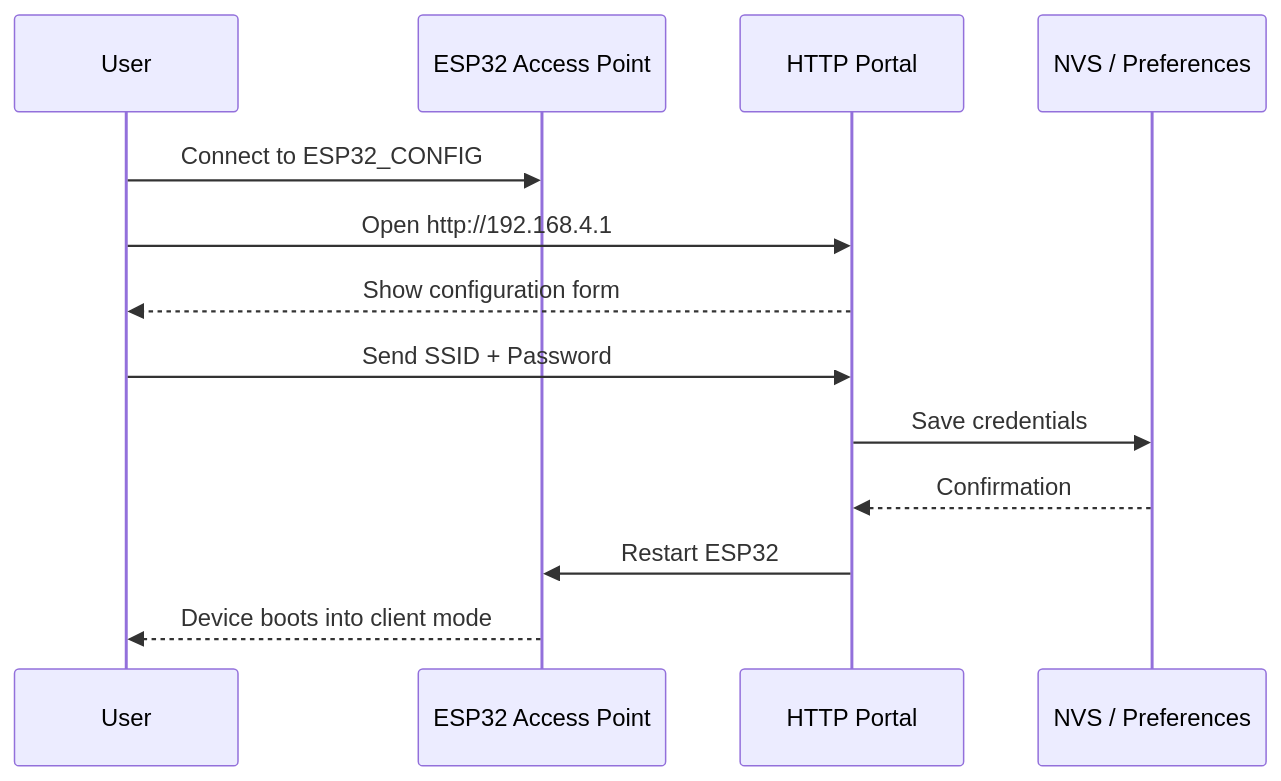
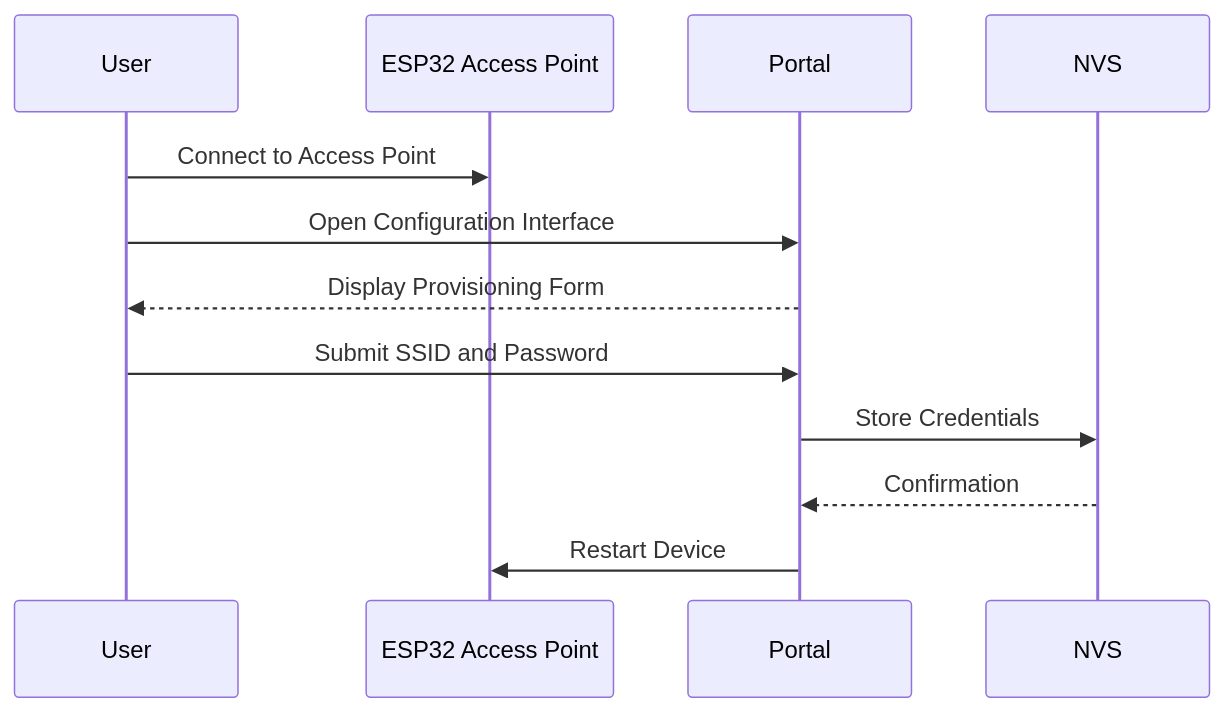
Before and after one commit to paulocfmarques-collab/esp32_wifi: the third of 5 diagrams in README.md, drawn with Mermaid. The commit also changed other lines of this file, not shown here.

````diff
--- a/README.md
+++ b/README.md
@@ -211,16 +106,22 @@
 ```mermaid
 sequenceDiagram
-    participant U as User
+
+    participant User
     participant AP as ESP32 Access Point
-    participant WEB as HTTP Portal
-    participant NVS as NVS / Preferences
+    participant Portal
+    participant NVS
 
-    U->>AP: Connect to ESP32_CONFIG
-    U->>WEB: Open http://192.168.4.1
-    WEB-->>U: Show configuration form
-    U->>WEB: Send SSID + Password
-    WEB->>NVS: Save credentials
-    NVS-->>WEB: Confirmation
-    WEB->>AP: Restart ESP32
-    AP-->>U: Device boots into client mode
+    User->>AP: Connect to Access Point
+
+    User->>Portal: Open Configuration Interface
+
+    Portal-->>User: Display Provisioning Form
+
+    User->>Portal: Submit SSID and Password
+
+    Portal->>NVS: Store Credentials
+
+    NVS-->>Portal: Confirmation
+
+    Portal->>AP: Restart Device
 ```
````
